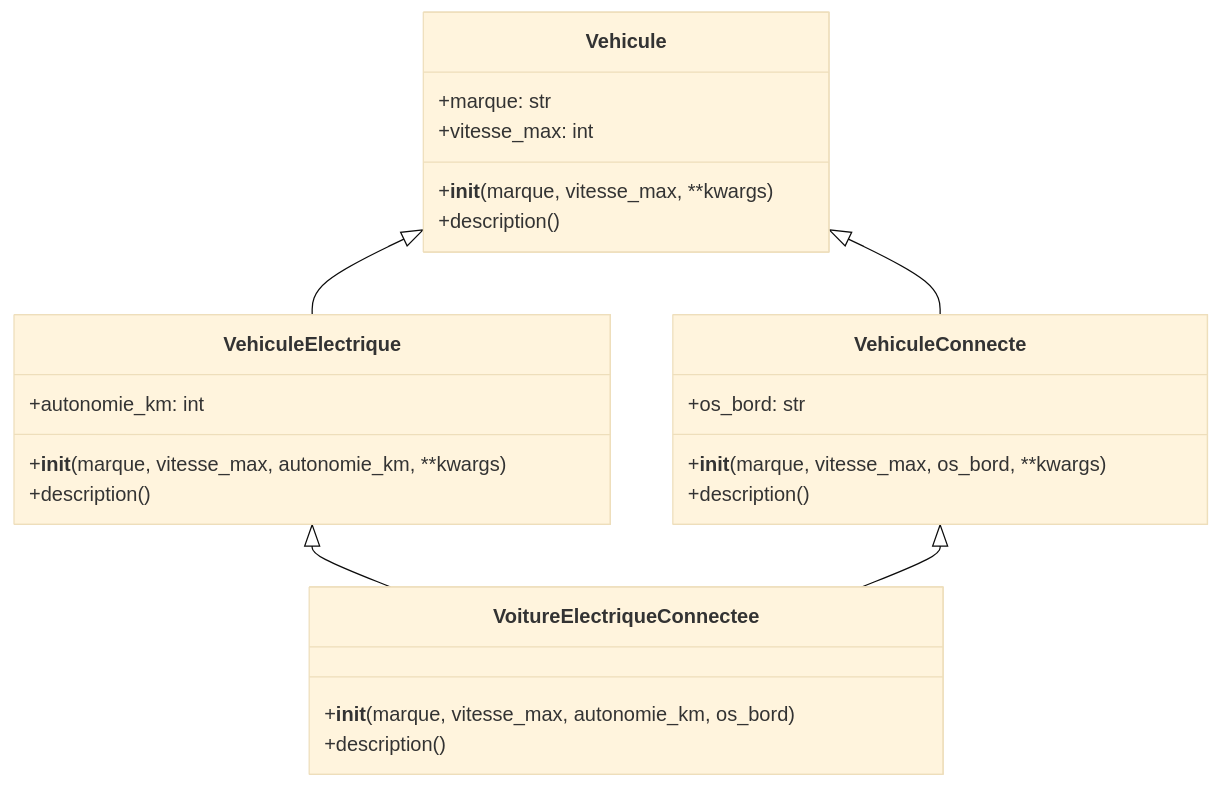
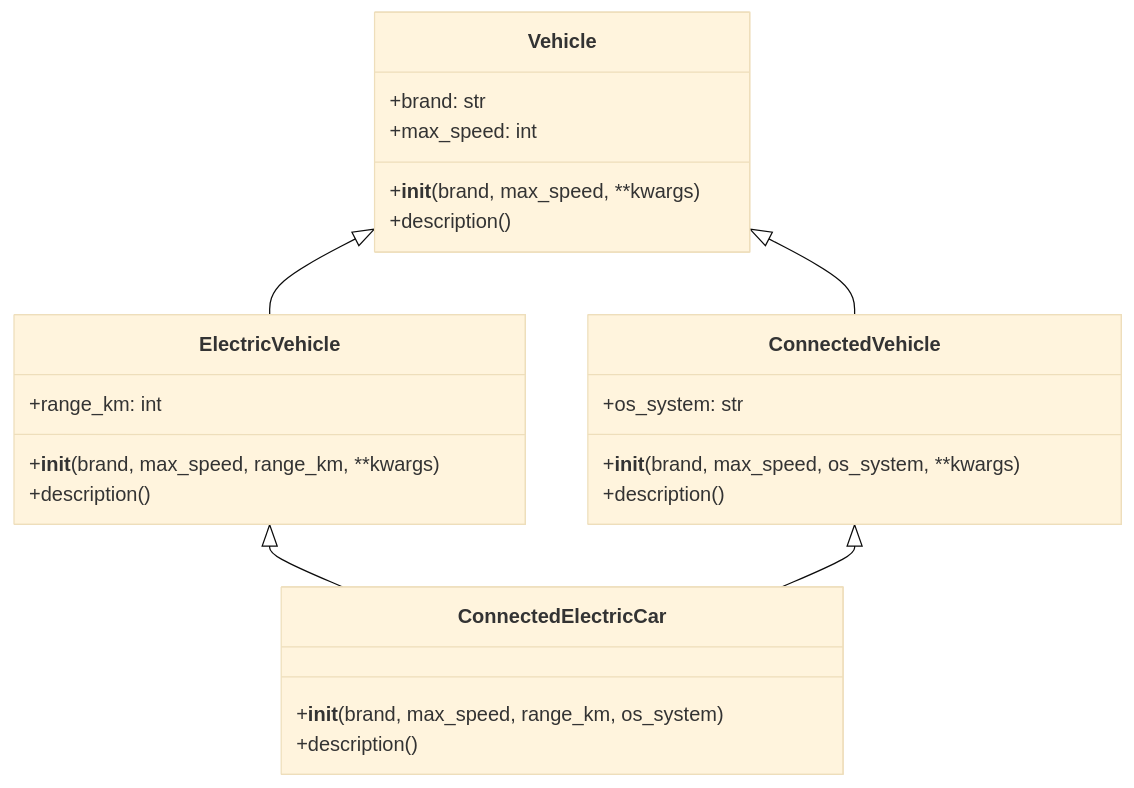
The fourth of 5 diagrams in README.md (Lagmouchyoussef/Python-Practical-Works), drawn with Mermaid (base theme) before and after one commit. The commit also changed other lines of this file, not shown here.

````diff
--- a/README.md
+++ b/README.md
@@ -314,31 +444,31 @@
 ```mermaid
 classDiagram
-    class Vehicule {
-        +marque: str
-        +vitesse_max: int
-        +__init__(marque, vitesse_max, **kwargs)
+    class Vehicle {
+        +brand: str
+        +max_speed: int
+        +__init__(brand, max_speed, **kwargs)
         +description()
     }
     
-    class VehiculeElectrique {
-        +autonomie_km: int
-        +__init__(marque, vitesse_max, autonomie_km, **kwargs)
+    class ElectricVehicle {
+        +range_km: int
+        +__init__(brand, max_speed, range_km, **kwargs)
         +description()
     }
     
-    class VehiculeConnecte {
-        +os_bord: str
-        +__init__(marque, vitesse_max, os_bord, **kwargs)
+    class ConnectedVehicle {
+        +os_system: str
+        +__init__(brand, max_speed, os_system, **kwargs)
         +description()
     }
     
-    class VoitureElectriqueConnectee {
-        +__init__(marque, vitesse_max, autonomie_km, os_bord)
+    class ConnectedElectricCar {
+        +__init__(brand, max_speed, range_km, os_system)
         +description()
     }
     
-    Vehicule <|-- VehiculeElectrique
-    Vehicule <|-- VehiculeConnecte
-    VehiculeElectrique <|-- VoitureElectriqueConnectee
-    VehiculeConnecte <|-- VoitureElectriqueConnectee
+    Vehicle <|-- ElectricVehicle
+    Vehicle <|-- ConnectedVehicle
+    ElectricVehicle <|-- ConnectedElectricCar
+    ConnectedVehicle <|-- ConnectedElectricCar
 ```
````
